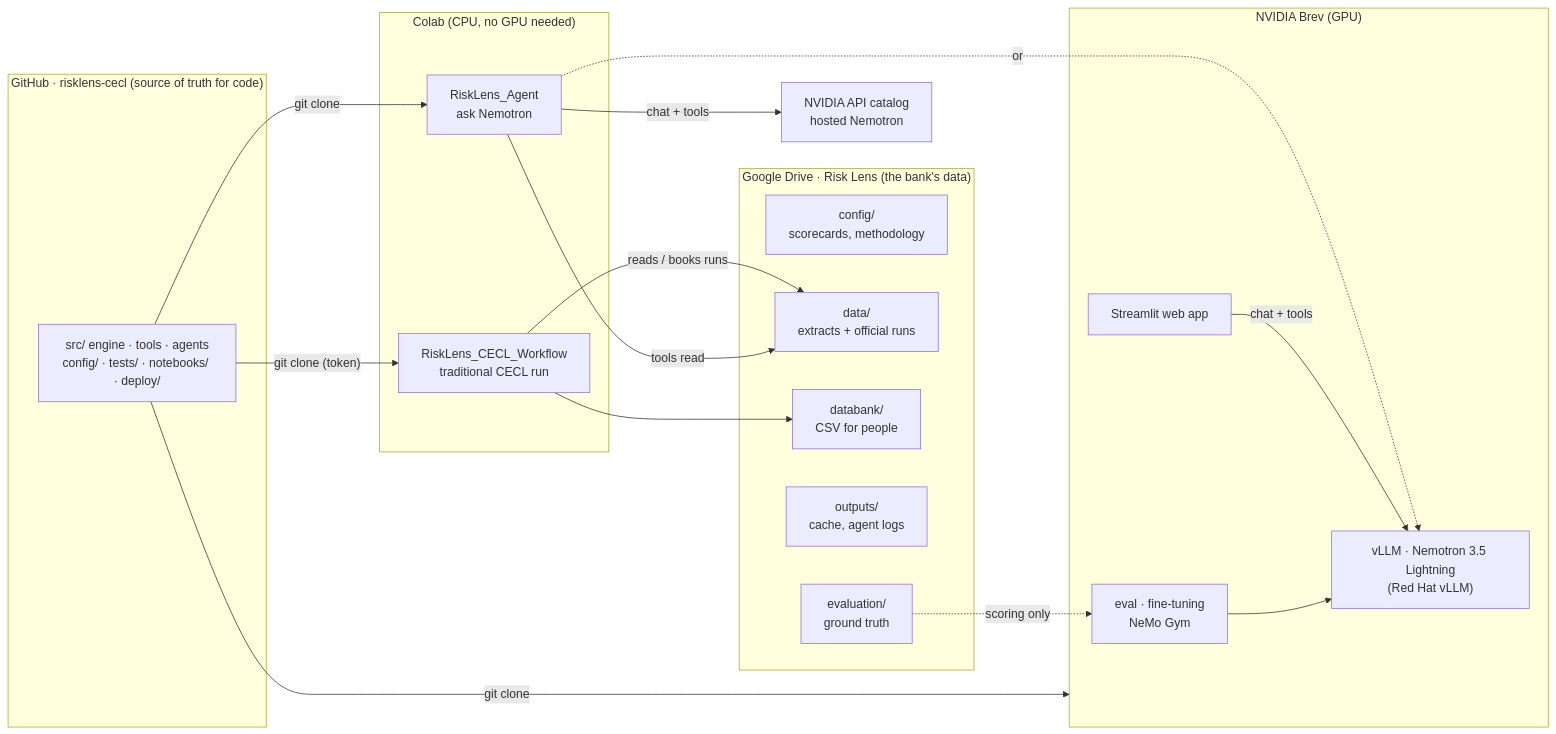
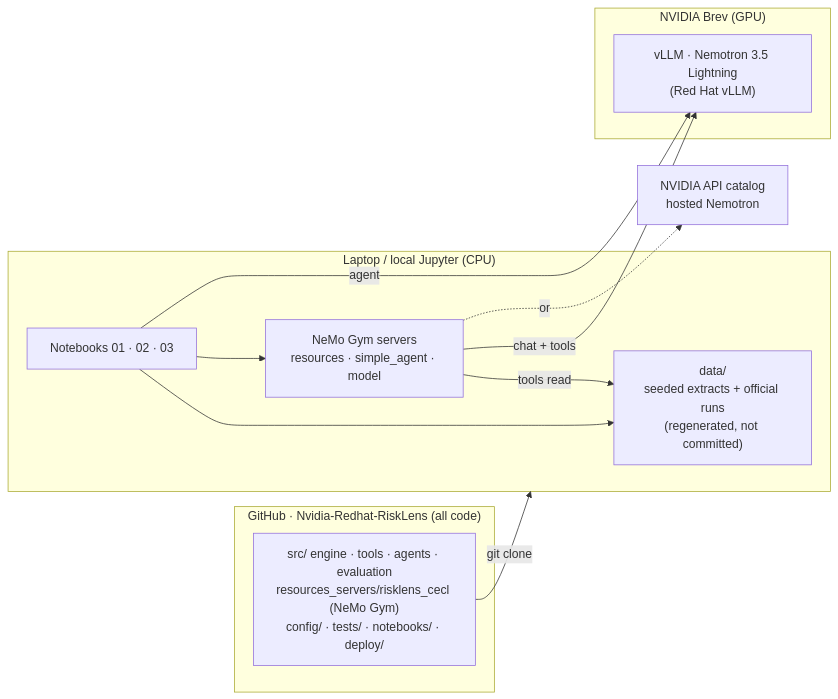
The first of 4 diagrams in docs/PROJECT_ARCHITECTURE.md (Luizkauffmann/Nvidia-Redhat-RiskLens), drawn with Mermaid before and after one commit. The commit also changed other lines of this file and 16 other files, not shown here.

First line of the commit message:
Rebuild notebooks for local runs with NeMo Gym; docs and CI

````diff
--- a/docs/PROJECT_ARCHITECTURE.md
+++ b/docs/PROJECT_ARCHITECTURE.md
@@ -11,35 +11,23 @@
 ```mermaid
 flowchart LR
-  subgraph GH["GitHub · risklens-cecl (source of truth for code)"]
-    code["src/ engine · tools · agents<br/>config/ · tests/ · notebooks/ · deploy/"]
+  subgraph GH["GitHub · Nvidia-Redhat-RiskLens (all code)"]
+    code["src/ engine · tools · agents · evaluation<br/>resources_servers/risklens_cecl (NeMo Gym)<br/>config/ · tests/ · notebooks/ · deploy/"]
   end
-  subgraph DR["Google Drive · Risk Lens (the bank's data)"]
-    cfg["config/<br/>scorecards, methodology"]
-    data["data/<br/>extracts + official runs"]
-    bank["databank/<br/>CSV for people"]
-    out["outputs/<br/>cache, agent logs"]
-    ev["evaluation/<br/>ground truth"]
-  end
-  subgraph CO["Colab (CPU, no GPU needed)"]
-    wf["RiskLens_CECL_Workflow<br/>traditional CECL run"]
-    ag["RiskLens_Agent<br/>ask Nemotron"]
+  subgraph LP["Laptop / local Jupyter (CPU)"]
+    data["data/<br/>seeded extracts + official runs<br/>(regenerated, not committed)"]
+    nb["Notebooks 01 · 02 · 03"]
+    gym["NeMo Gym servers<br/>resources · simple_agent · model"]
   end
   subgraph BR["NVIDIA Brev (GPU)"]
     vllm["vLLM · Nemotron 3.5 Lightning<br/>(Red Hat vLLM)"]
-    app["Streamlit web app"]
-    train["eval · fine-tuning<br/>NeMo Gym"]
   end
   api["NVIDIA API catalog<br/>hosted Nemotron"]
 
-  code -- "git clone (token)" --> wf
-  code -- "git clone" --> ag
-  code -- "git clone" --> BR
-  wf -- "reads / books runs" --> data
-  wf --> bank
-  ag -- "tools read" --> data
-  ag -- "chat + tools" --> api
-  ag -. "or" .-> vllm
-  app -- "chat + tools" --> vllm
-  train --> vllm
-  ev -. "scoring only" .-> train
+  code -- "git clone" --> LP
+  nb --> data
+  nb --> gym
+  gym -- "tools read" --> data
+  gym -- "chat + tools" --> vllm
+  gym -. "or" .-> api
+  nb -- "agent" --> vllm
 ```
````
